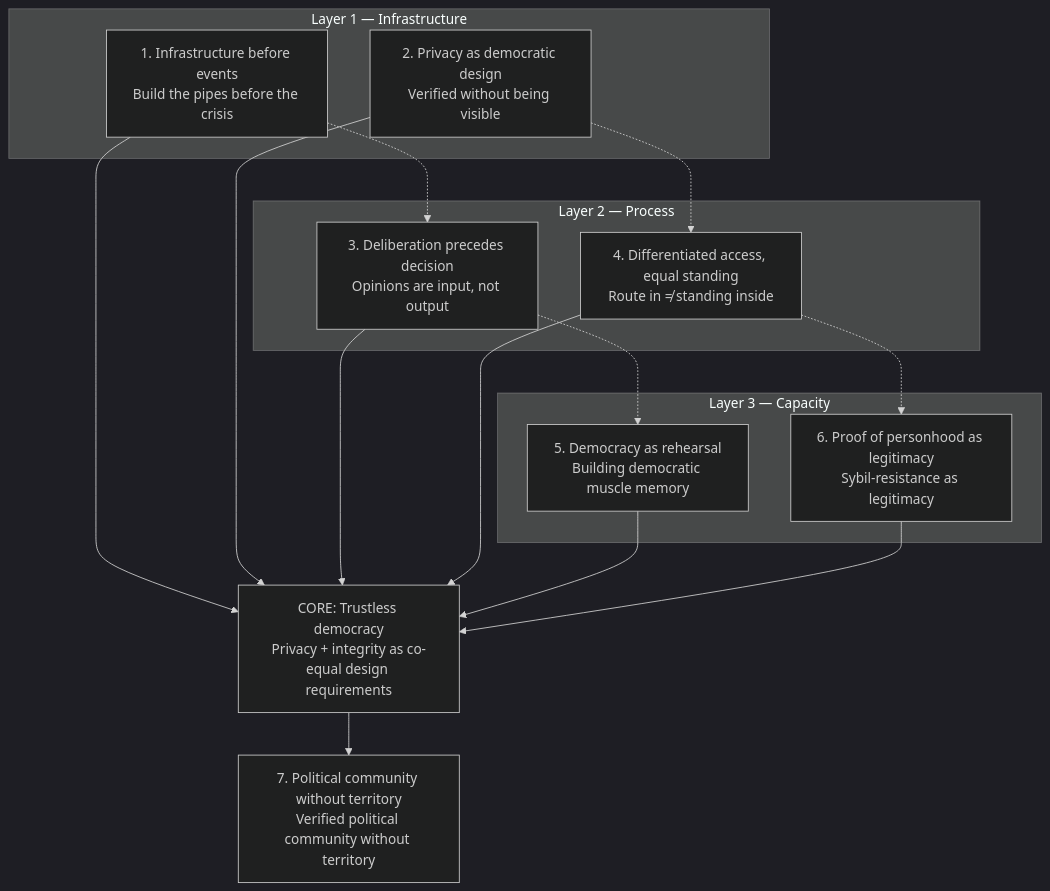
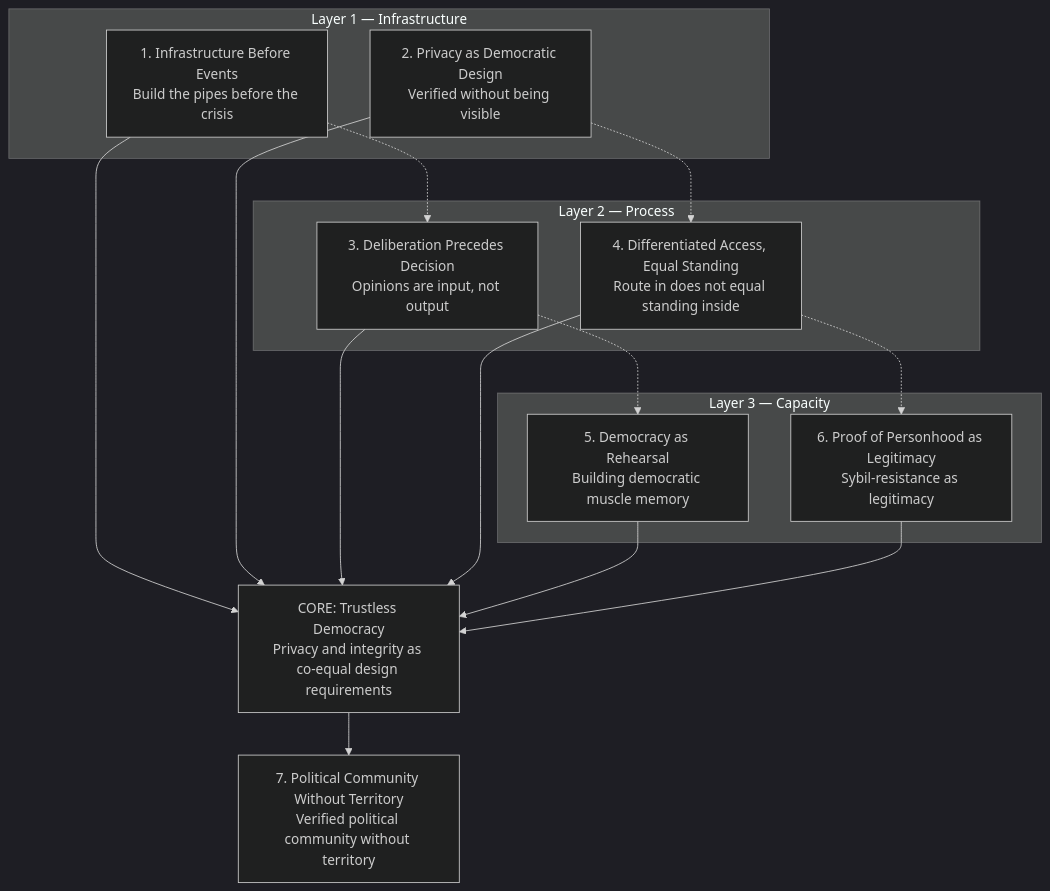
One commit to armantorkzaban/armantorkzaban.github.io changed the diagram in _posts/2026-06-29-jomhoor-theoretical-framework.md. Above: the diagram before and after it, drawn with Mermaid (dark theme).

Commit message:
fix: newline error fixed

````diff
--- a/_posts/2026-06-29-jomhoor-theoretical-framework.md
+++ b/_posts/2026-06-29-jomhoor-theoretical-framework.md
@@ -11,34 +11,34 @@
 ```mermaid
 flowchart TB
     subgraph INFRA["Layer 1 — Infrastructure"]
-        T1["1. Infrastructure before events\nBuild the pipes before the crisis"]
-        T2["2. Privacy as democratic design\nVerified without being visible"]
+        T1["1. Infrastructure Before Events<br/>Build the pipes before the crisis"]
+        T2["2. Privacy as Democratic Design<br/>Verified without being visible"]
     end
 
     subgraph PROCESS["Layer 2 — Process"]
-        T3["3. Deliberation precedes decision\nOpinions are input, not output"]
-        T4["4. Differentiated access, equal standing\nRoute in ≠ standing inside"]
+        T3["3. Deliberation Precedes Decision<br/>Opinions are input, not output"]
+        T4["4. Differentiated Access, Equal Standing<br/>Route in does not equal standing inside"]
     end
 
     subgraph CAPACITY["Layer 3 — Capacity"]
-        T5["5. Democracy as rehearsal\nBuilding democratic muscle memory"]
-        T6["6. Proof of personhood as legitimacy\nSybil-resistance as legitimacy"]
+        T5["5. Democracy as Rehearsal<br/>Building democratic muscle memory"]
+        T6["6. Proof of Personhood as Legitimacy<br/>Sybil-resistance as legitimacy"]
     end
 
-    CORE["CORE: Trustless democracy\nPrivacy + integrity as co-equal design requirements"]
+    CORE["CORE: Trustless Democracy<br/>Privacy and integrity as co-equal design requirements"]
 
-    T7["7. Political community without territory\nVerified political community without territory"]
+    T7["7. Political Community Without Territory<br/>Verified political community without territory"]
 
     T1 --> CORE
     T2 --> CORE
     T3 --> CORE
     T4 --> CORE
     T5 --> CORE
     T6 --> CORE
     CORE --> T7
 
     T1 -.-> T3
     T3 -.-> T5
     T2 -.-> T4
     T4 -.-> T6
 ```
````
